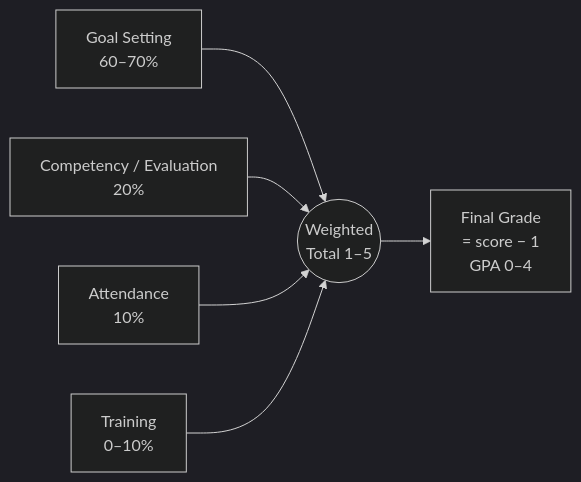
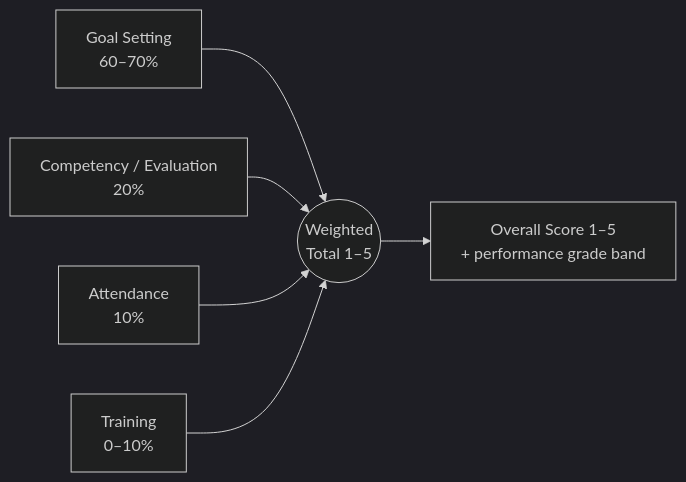
Before and after one commit to Madebynoppawit/Performance-evaluation-Form: the fourth of 4 diagrams in README.md, drawn with Mermaid (dark theme). The commit also changed other lines of this file, not shown here.

````diff
--- a/README.md
+++ b/README.md
@@ -127,8 +132,8 @@
 ```mermaid
 flowchart LR
     G["Goal Setting<br/>60–70%"] --> T(("Weighted<br/>Total 1–5"))
     C["Competency / Evaluation<br/>20%"] --> T
     A["Attendance<br/>10%"] --> T
     R["Training<br/>0–10%"] --> T
-    T --> GPA["Final Grade<br/>= score − 1<br/>GPA 0–4"]
+    T --> F["Overall Score 1–5<br/>+ performance grade band"]
 ```
````
